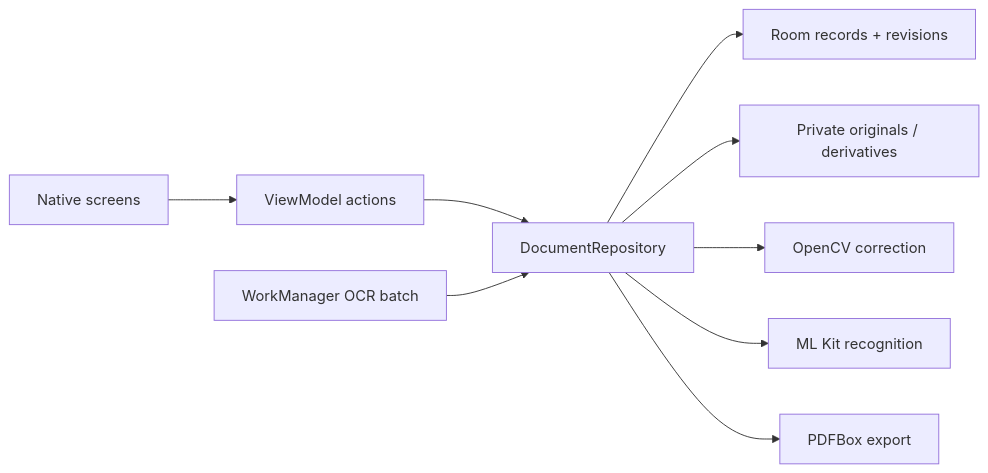
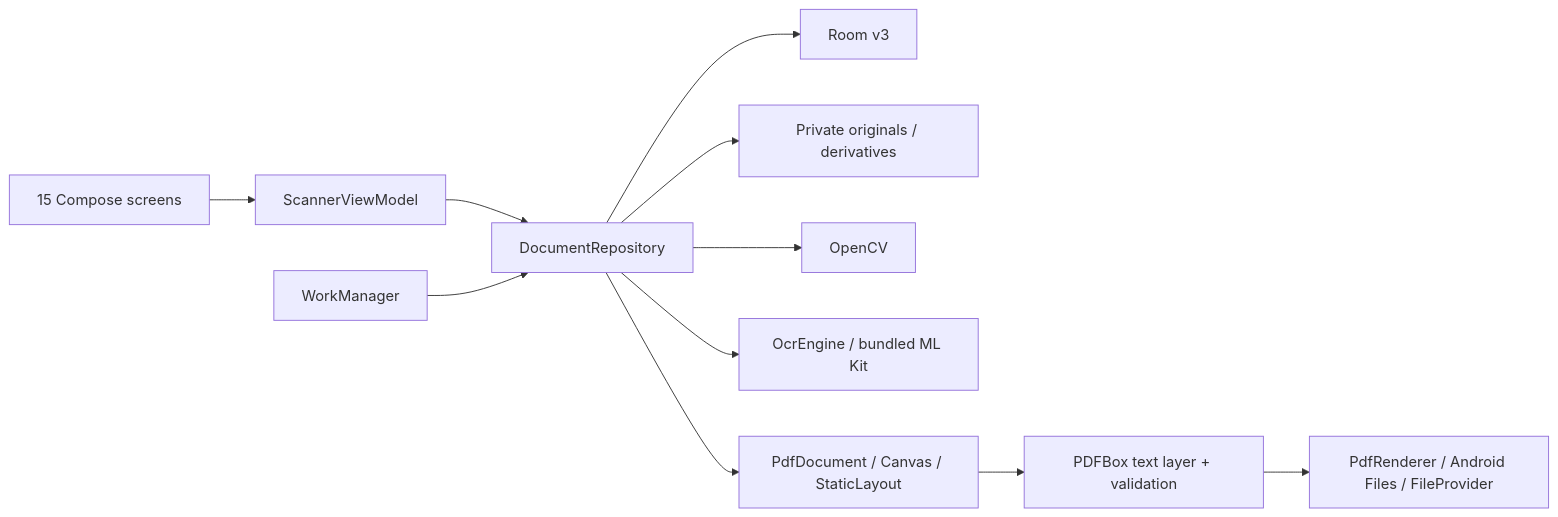
Before and after one commit to InsaneCoder789/Folio: the first of 4 diagrams in docs/Backend.md, drawn with Mermaid. The commit also changed other lines of this file and 6 other files, not shown here.

First line of the commit message:
Document Folio architecture and OCR research results

````diff
--- a/docs/Backend.md
+++ b/docs/Backend.md
@@ -12,11 +7,13 @@
 ```mermaid
 flowchart LR
-    UI[Native screens] --> VM[ViewModel actions]
+    UI[15 Compose screens] --> VM[ScannerViewModel]
     VM --> Repo[DocumentRepository]
-    Repo --> Room[Room records + revisions]
+    Repo --> DB[Room v3]
     Repo --> Files[Private originals / derivatives]
-    Repo --> CV[OpenCV correction]
-    Repo --> OCR[ML Kit recognition]
-    Repo --> PDF[PDFBox export]
-    Worker[WorkManager OCR batch] --> Repo
+    Repo --> CV[OpenCV]
+    Worker[WorkManager] --> Repo
+    Repo --> OCR[OcrEngine / bundled ML Kit]
+    Repo --> Native[PdfDocument / Canvas / StaticLayout]
+    Native --> PDF[PDFBox text layer + validation]
+    PDF --> Reader[PdfRenderer / Android Files / FileProvider]
 ```
````
